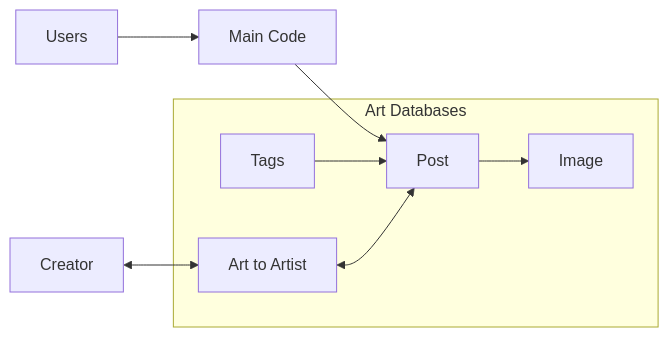
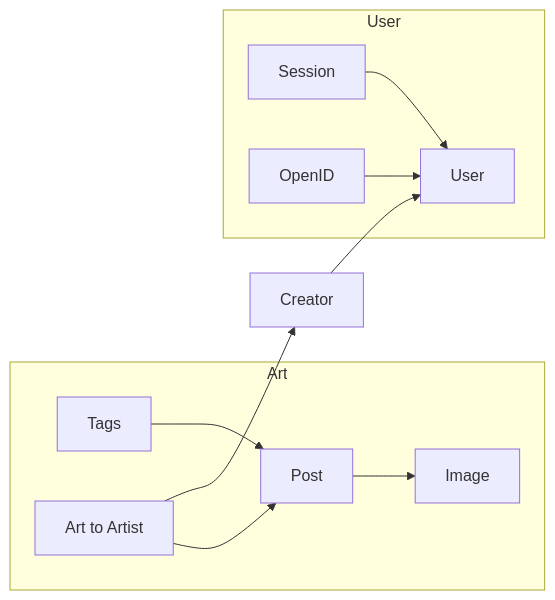
The diagram in concept/servers.md (optimisticlucio/powerdown-wiki), drawn with Mermaid before and after one commit. The commit also changed other lines of this file, not shown here.

````diff
--- a/concept/servers.md
+++ b/concept/servers.md
@@ -5,22 +17,32 @@
 ```mermaid
 graph LR
 
-source["Users"]
-main["Main Code"]
 creator["Creator"]
 
-subgraph Art Databases
+
+subgraph Art
     artdb["Post"]
     artimagedb["Image"]
     arttagdb["Tags"]
     arttoartistdb["Art to Artist"]
+
+    artdb --> artimagedb
+    arttagdb --> artdb
+    arttoartistdb --> artdb
+end
+
+subgraph User
+    user["User"]
+    usersession["Session"]
+    openid["OpenID"]
+    
+    usersession --> user
+    openid --> user
 end
 
 
-source --> main
-main --> artdb
-artdb --> artimagedb
-arttagdb --> artdb
-arttoartistdb <--> artdb
-creator <--> arttoartistdb
+arttoartistdb --> creator
+creator --> user
+
+
 ```
````
